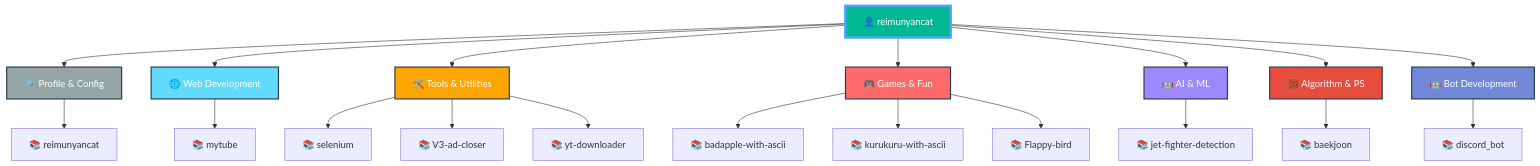
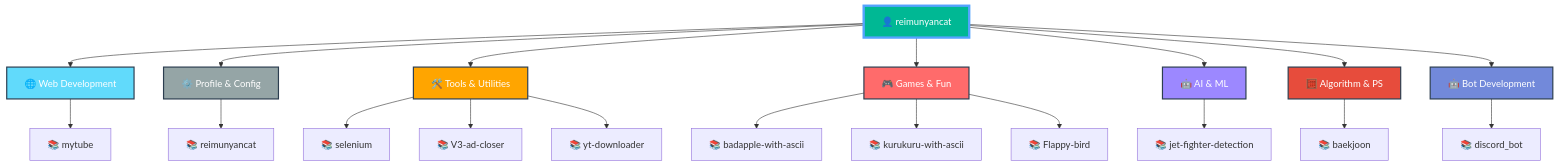
One commit to reimunyancat/reimunyancat changed the diagram in README.md. Above: the diagram before and after it, drawn with Mermaid.

Commit message:
🤖 Auto-update README with latest repositories

````diff
--- a/README.md
+++ b/README.md
@@ -159,38 +159,38 @@
 ```mermaid
 graph TD
   A[👤 reimunyancat]
 
-  A --> CAT0[⚙️ Profile & Config]
-  CAT0 --> CAT0_0[📚 reimunyancat]
+  A --> CAT0[🌐 Web Development]
+  CAT0 --> CAT0_0[📚 mytube]
 
-  A --> CAT1[🌐 Web Development]
-  CAT1 --> CAT1_0[📚 mytube]
+  A --> CAT1[⚙️ Profile & Config]
+  CAT1 --> CAT1_0[📚 reimunyancat]
 
   A --> CAT2[🛠️ Tools & Utilities]
   CAT2 --> CAT2_0[📚 selenium]
   CAT2 --> CAT2_1[📚 V3-ad-closer]
   CAT2 --> CAT2_2[📚 yt-downloader]
 
   A --> CAT3[🎮 Games & Fun]
   CAT3 --> CAT3_0[📚 badapple-with-ascii]
   CAT3 --> CAT3_1[📚 kurukuru-with-ascii]
   CAT3 --> CAT3_2[📚 Flappy-bird]
 
   A --> CAT4[🤖 AI & ML]
   CAT4 --> CAT4_0[📚 jet-fighter-detection]
 
   A --> CAT5[🧮 Algorithm & PS]
   CAT5 --> CAT5_0[📚 baekjoon]
 
   A --> CAT6[🤖 Bot Development]
   CAT6 --> CAT6_0[📚 discord_bot]
 
   style A fill:#00b894,stroke:#55a3ff,stroke-width:4px,color:#fff
-  style CAT0 fill:#95a5a6,stroke:#2c3e50,stroke-width:2px,color:#fff
-  style CAT1 fill:#61dafb,stroke:#2c3e50,stroke-width:2px,color:#fff
+  style CAT0 fill:#61dafb,stroke:#2c3e50,stroke-width:2px,color:#fff
+  style CAT1 fill:#95a5a6,stroke:#2c3e50,stroke-width:2px,color:#fff
   style CAT2 fill:#ffa500,stroke:#2c3e50,stroke-width:2px,color:#fff
   style CAT3 fill:#ff6b6b,stroke:#2c3e50,stroke-width:2px,color:#fff
   style CAT4 fill:#9c88ff,stroke:#2c3e50,stroke-width:2px,color:#fff
   style CAT5 fill:#e74c3c,stroke:#2c3e50,stroke-width:2px,color:#fff
   style CAT6 fill:#7289da,stroke:#2c3e50,stroke-width:2px,color:#fff
 ```
````
